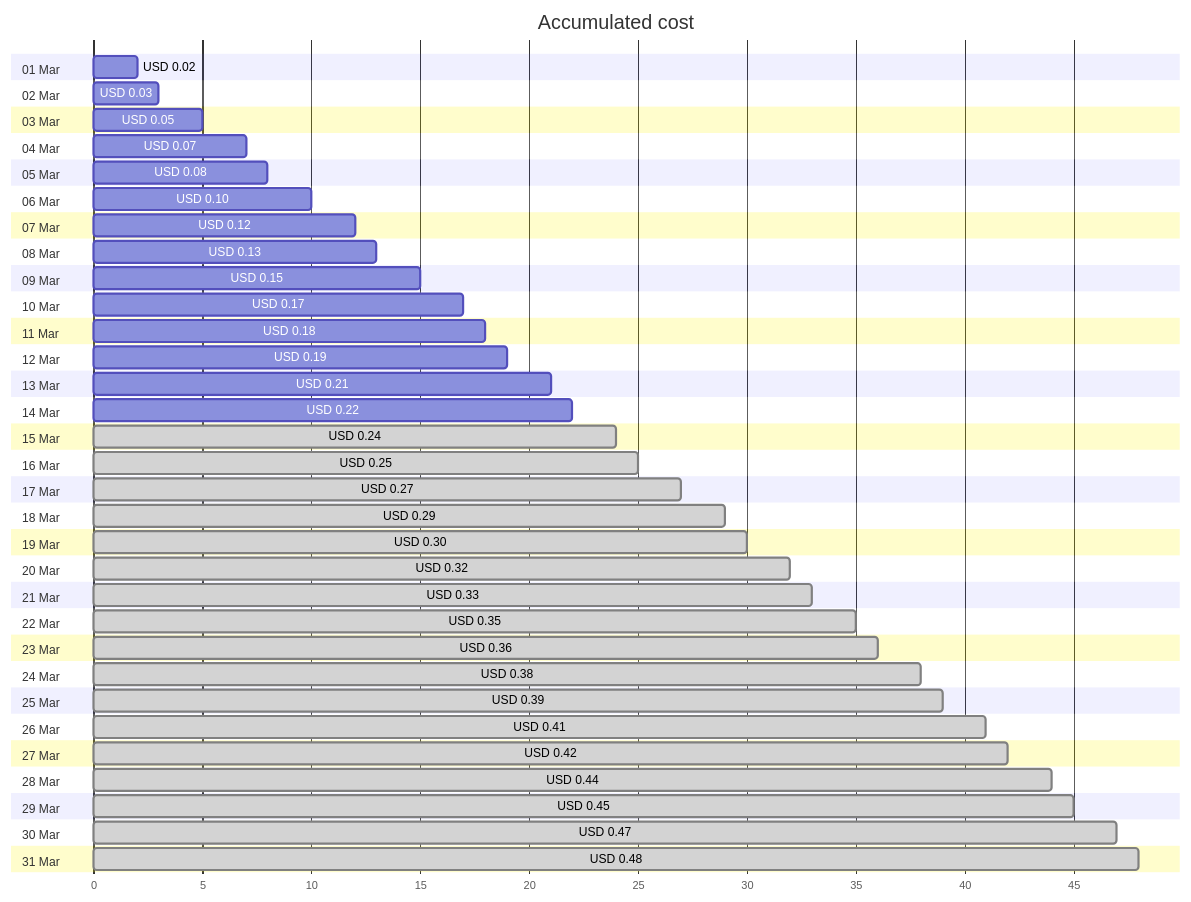
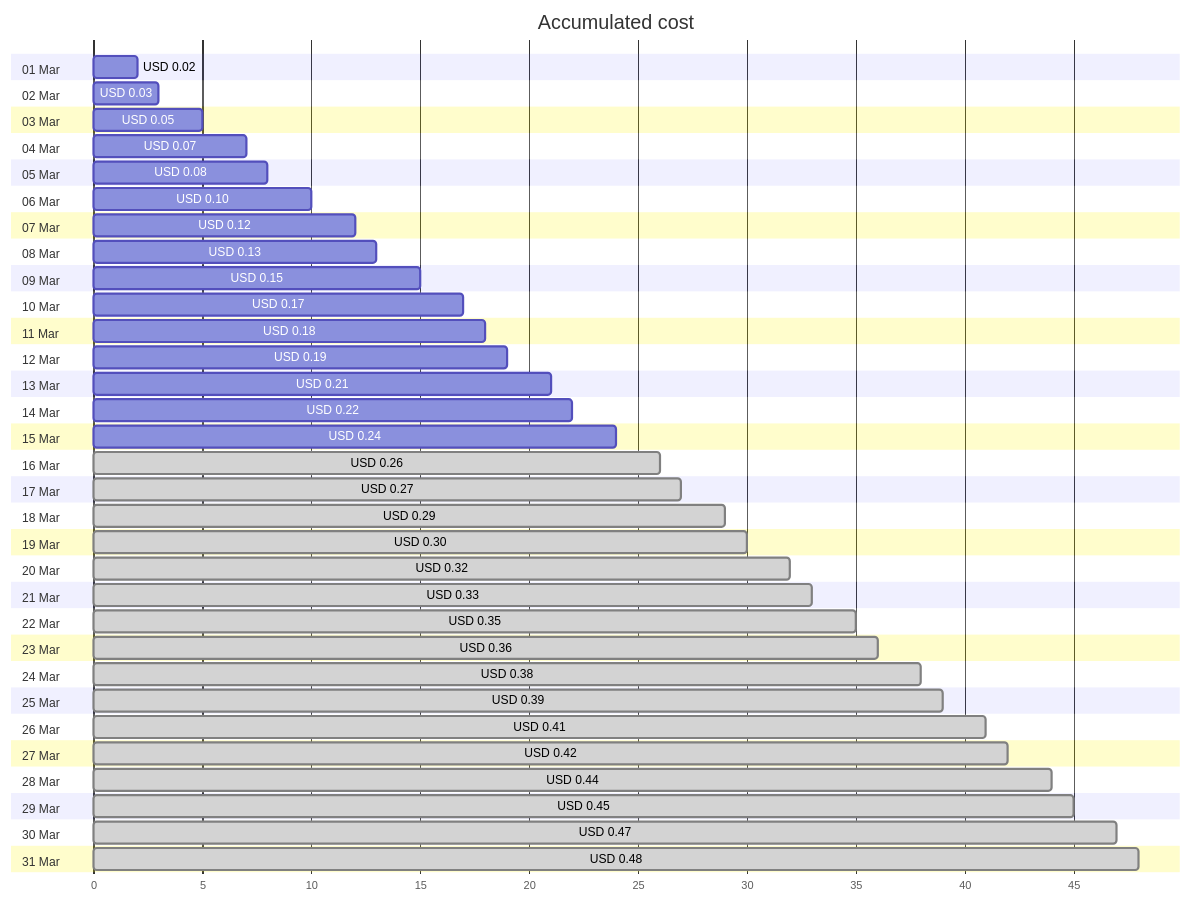
Before and after one commit to jpfulton/azure-personal-reports: the first of 4 diagrams in cost-reports/personal-dns/jpatrickfulton.dev.md, drawn with Mermaid. The commit also changed other lines of this file and 2 other files, not shown here.

````diff
--- a/cost-reports/personal-dns/jpatrickfulton.dev.md
+++ b/cost-reports/personal-dns/jpatrickfulton.dev.md
@@ -20,68 +20,68 @@
 ```mermaid
 gantt
    title Accumulated cost
    dateFormat  X
    axisFormat %s
    section 01 Mar
    USD 0.02 :0, 2
    section 02 Mar
    USD 0.03 :0, 3
    section 03 Mar
    USD 0.05 :0, 5
    section 04 Mar
    USD 0.07 :0, 7
    section 05 Mar
    USD 0.08 :0, 8
    section 06 Mar
    USD 0.10 :0, 10
    section 07 Mar
    USD 0.12 :0, 12
    section 08 Mar
    USD 0.13 :0, 13
    section 09 Mar
    USD 0.15 :0, 15
    section 10 Mar
    USD 0.17 :0, 17
    section 11 Mar
    USD 0.18 :0, 18
    section 12 Mar
    USD 0.19 :0, 19
    section 13 Mar
    USD 0.21 :0, 21
    section 14 Mar
    USD 0.22 :0, 22
    section 15 Mar
-   USD 0.24 : done, 0, 24
+   USD 0.24 :0, 24
    section 16 Mar
-   USD 0.25 : done, 0, 25
+   USD 0.26 : done, 0, 26
    section 17 Mar
    USD 0.27 : done, 0, 27
    section 18 Mar
    USD 0.29 : done, 0, 29
    section 19 Mar
    USD 0.30 : done, 0, 30
    section 20 Mar
    USD 0.32 : done, 0, 32
    section 21 Mar
    USD 0.33 : done, 0, 33
    section 22 Mar
    USD 0.35 : done, 0, 35
    section 23 Mar
    USD 0.36 : done, 0, 36
    section 24 Mar
    USD 0.38 : done, 0, 38
    section 25 Mar
    USD 0.39 : done, 0, 39
    section 26 Mar
    USD 0.41 : done, 0, 41
    section 27 Mar
    USD 0.42 : done, 0, 42
    section 28 Mar
    USD 0.44 : done, 0, 44
    section 29 Mar
    USD 0.45 : done, 0, 45
    section 30 Mar
    USD 0.47 : done, 0, 47
    section 31 Mar
    USD 0.48 : done, 0, 48
 ```
````
